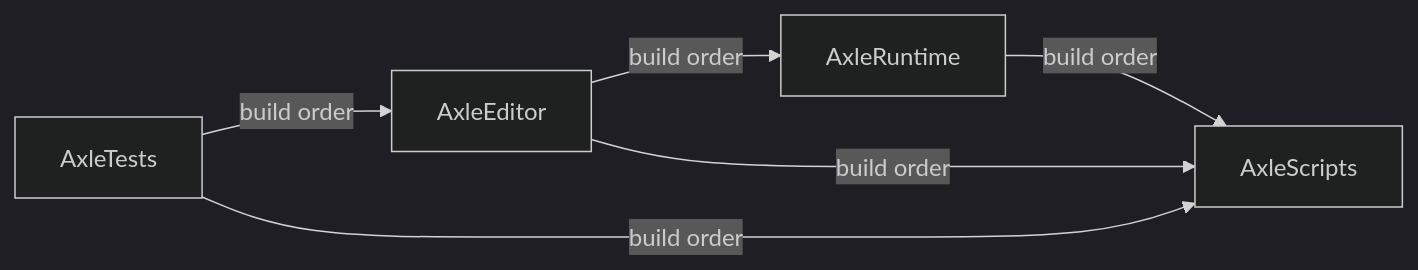
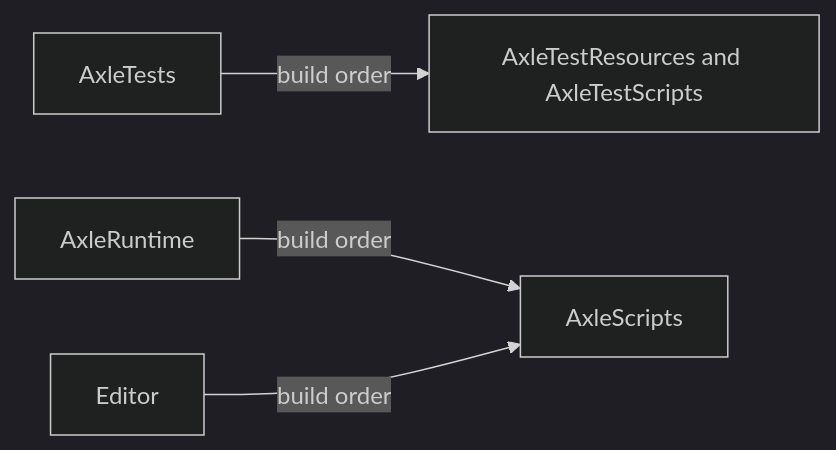
One commit to nguyenphong0210/AxleEngine changed the fourth of 4 diagrams in docs/architecture/SAD.md. Above: the diagram before and after it, drawn with Mermaid (dark theme). The commit also changed other lines of this file and 17 other files, not shown here.

Commit message:
docs(project): document isolated tests and empty Editor startup

````diff
--- a/docs/architecture/SAD.md
+++ b/docs/architecture/SAD.md
@@ -177,8 +177,6 @@
 ```mermaid
 flowchart LR
-    Tests[AxleTests] -->|build order| Editor[AxleEditor]
-    Editor -->|build order| Runtime[AxleRuntime]
-    Runtime -->|build order| Scripts[AxleScripts]
+    Tests[AxleTests] -->|build order| Fixtures[AxleTestResources and AxleTestScripts]
+    Runtime[AxleRuntime] -->|build order| Scripts[AxleScripts]
     Editor -->|build order| Scripts
-    Tests -->|build order| Scripts
 ```
````
